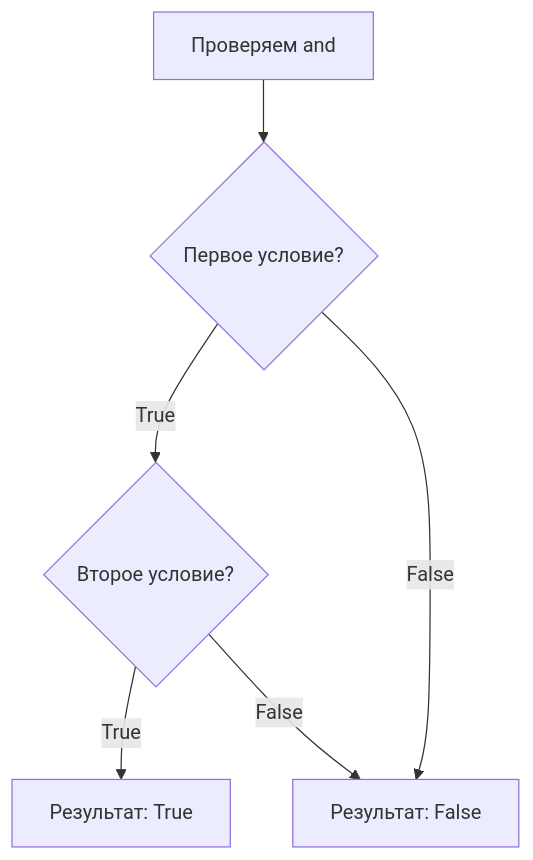
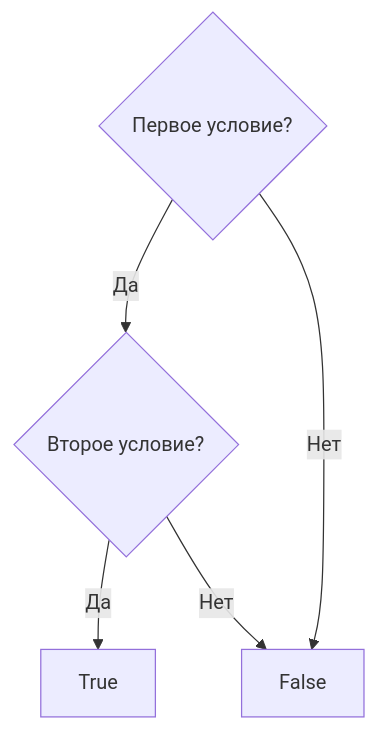
One commit to RestartLexinus/SchoolMD changed the second of 2 diagrams in Python/Теория/002_Python_Условия.md. Above: the diagram before and after it, drawn with Mermaid. The commit also changed other lines of this file and 14 other files, not shown here.

````diff
--- a/Python/Теория/002_Python_Условия.md
+++ b/Python/Теория/002_Python_Условия.md
@@ -136,8 +90,7 @@
 ```mermaid
 flowchart TD
-    A[Проверяем and] --> B{Первое условие?}
-    B -- True --> C{Второе условие?}
-    B -- False --> D[Результат: False]
-    C -- True --> E[Результат: True]
-    C -- False --> D
+    A{Первое условие?} -- Да --> B{Второе условие?}
+    A -- Нет --> C[False]
+    B -- Да --> D[True]
+    B -- Нет --> C
 ```
````
